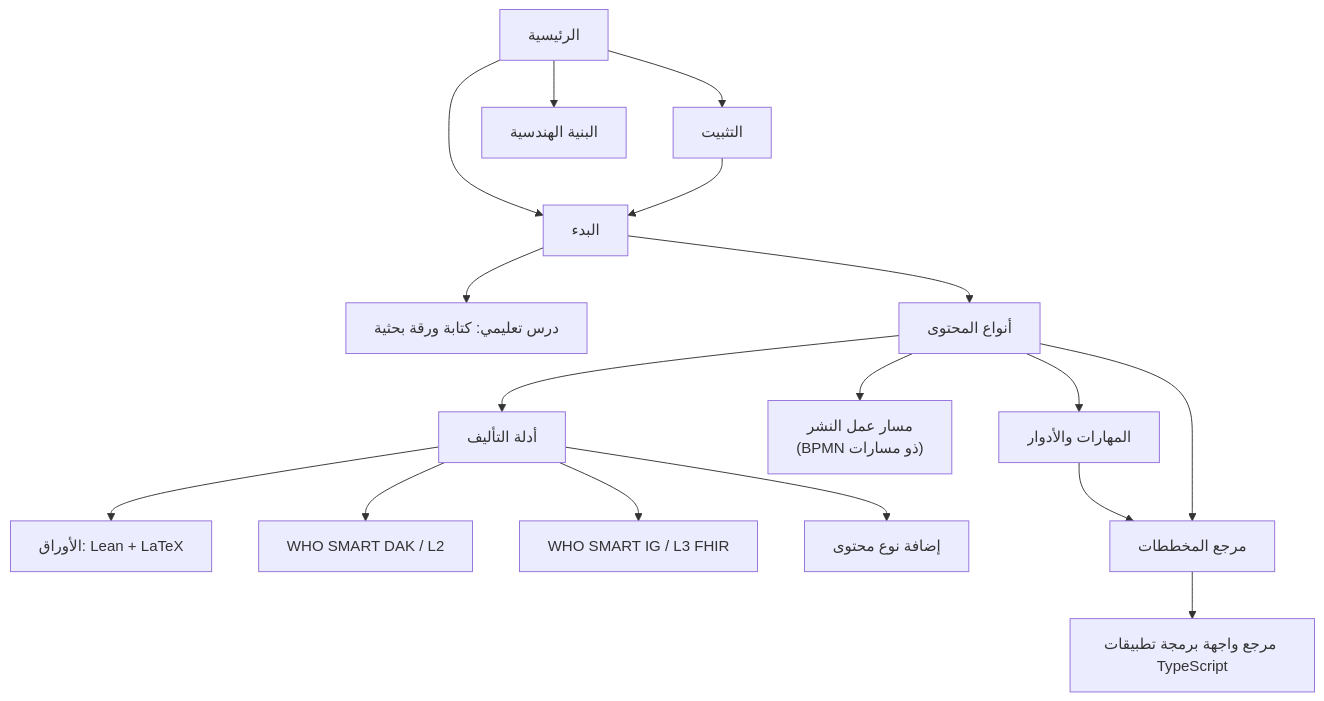
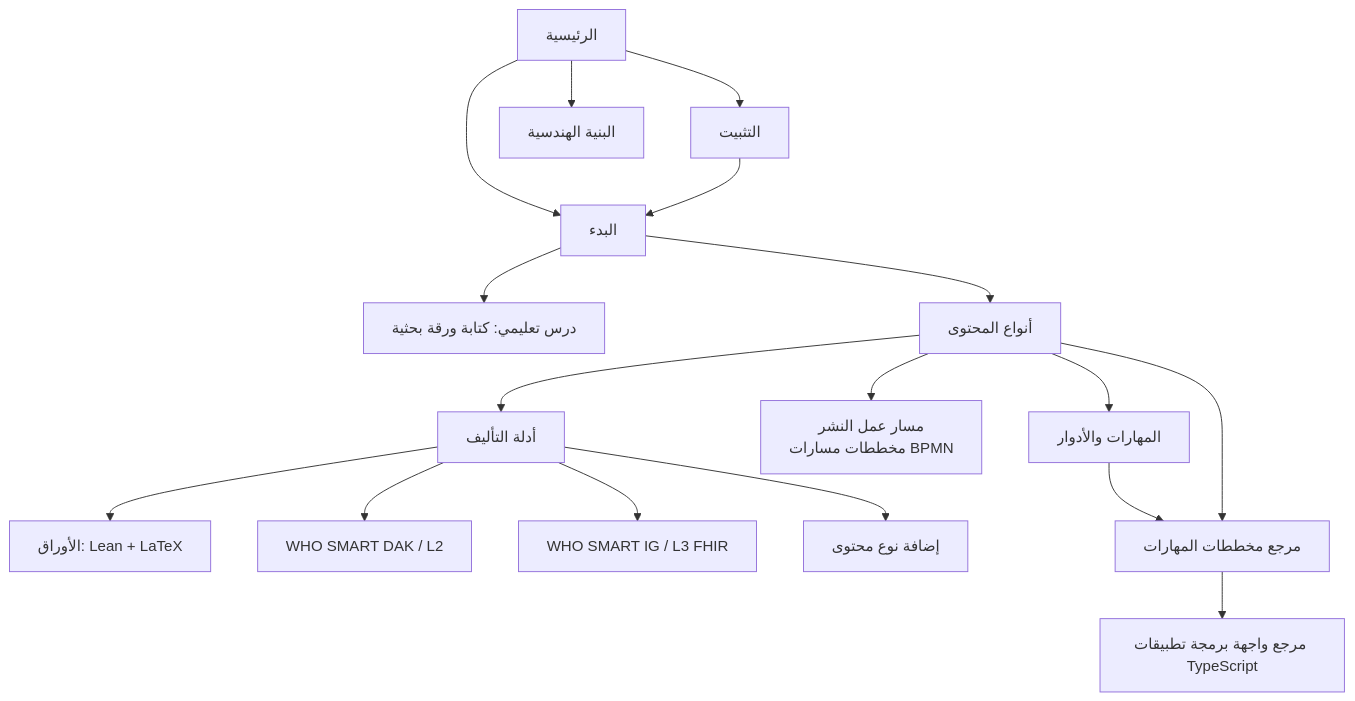
The second of 2 diagrams in cat-harness/docs/ar/index.md (litlfred/folio-assistant), drawn with Mermaid before and after one commit. The commit also changed other lines of this file and 9 other files, not shown here.

````diff
--- a/cat-harness/docs/ar/index.md
+++ b/cat-harness/docs/ar/index.md
@@ -119,19 +134,34 @@
 ```mermaid
 flowchart TD
-    الرئيسية --> تثبيت[التثبيت]
-    الرئيسية --> بدء[البدء]
-    تثبيت --> بدء
-    بدء --> تدريب[درس تعليمي: كتابة ورقة بحثية]
-    بدء --> أنواع[أنواع المحتوى]
-    أنواع --> مهارات[المهارات والأدوار]
-    أنواع --> مسار["مسار عمل النشر<br/>(BPMN ذو مسارات)"]
-    أنواع --> أدلة[أدلة التأليف]
-    أدلة --> أوراق[الأوراق: Lean + LaTeX]
-    أدلة --> DAK[WHO SMART DAK / L2]
-    أدلة --> IG[WHO SMART IG / L3 FHIR]
-    أدلة --> جديد[إضافة نوع محتوى]
-    مهارات --> مخططات[مرجع المخططات]
-    أنواع --> مخططات
-    مخططات --> API[مرجع واجهة برمجة تطبيقات TypeScript]
-    الرئيسية --> بنية[البنية الهندسية]
+    Home[الرئيسية] --> Install[التثبيت]
+    Home --> GS[البدء]
+    Install --> GS
+    GS --> Tut[درس تعليمي: كتابة ورقة بحثية]
+    GS --> CT[أنواع المحتوى]
+    CT --> Skills[المهارات والأدوار]
+    CT --> WF["مسار عمل النشر<br/>مخططات مسارات BPMN"]
+    CT --> Guides[أدلة التأليف]
+    Guides --> Paper[الأوراق: Lean + LaTeX]
+    Guides --> DAK[WHO SMART DAK / L2]
+    Guides --> IG[WHO SMART IG / L3 FHIR]
+    Guides --> New[إضافة نوع محتوى]
+    Skills --> Ref[مرجع مخططات المهارات]
+    CT --> Ref
+    Ref --> API[مرجع واجهة برمجة تطبيقات TypeScript]
+    Home --> Arch[البنية الهندسية]
+
+    click Skills "skills.html" "Skills & roles"
+    click WF "publication-workflow.html" "Publication workflow (BPMN)"
+    click Install "installation.html" "Installation"
+    click GS "getting-started.html" "Getting started"
+    click Tut "guides/writing-a-paper.html" "Tutorial: writing a paper"
+    click CT "content-types.html" "Content types"
+    click Guides "guides/" "Authoring guides"
+    click Paper "guides/writing-a-paper.html" "Papers: Lean + LaTeX"
+    click DAK "guides/who-smart-dak.html" "WHO SMART DAK (L2)"
+    click IG "guides/who-smart-ig.html" "WHO SMART IG (L3 FHIR)"
+    click New "guides/new-content-type.html" "Add a content type"
+    click Ref "reference/skills/" "Skill schema reference"
+    click API "api/" "TypeScript API reference"
+    click Arch "architecture.html" "Architecture"
 ```
````
